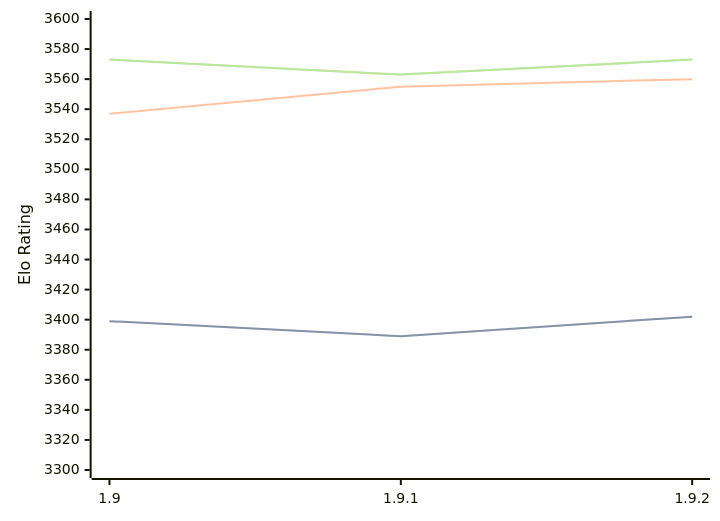
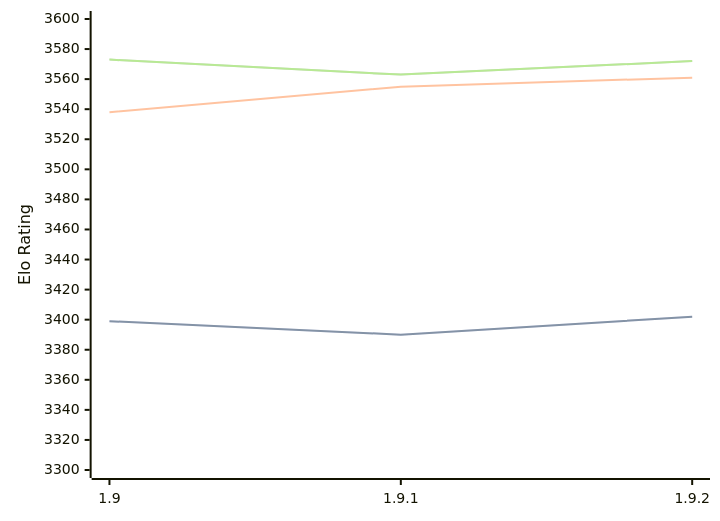
Before and after one commit to computer-chess-index/cci: the diagram in engines/Pawnocchio.md, drawn with Mermaid. The commit also changed other lines of this file, not shown here.

Commit message:
Update CCI Ratings (ELO VLTC) - 2026-04-05

````diff
--- a/engines/Pawnocchio.md
+++ b/engines/Pawnocchio.md
@@ -48,11 +48,11 @@
 ```mermaid
 %%{init: {"theme":"base","themeVariables":{"seriesColors:['#a3a3a3','#222221','#faa371']}}}%%
 xychart-beta
   x-axis ["1.9", "1.9.1", "1.9.2"]
   y-axis "Elo Rating" 3300 --> 3600
-  line "STC (8.0+0.08s)" [3399, 3389, 3402]
-  line "STC (8.0+0.08s)" [3399, 3389, 3402]
-  line "LTC (60.0+0.60s)" [3537, 3555, 3560]
-  line "VLTC (2m24s+1.12s)" [3573, 3563, 3573]
-  line "VLTC (2m24s+1.12s)" [3573, 3563, 3573]
+  line "STC (8.0+0.08s)" [3399, 3390, 3402]
+  line "STC (8.0+0.08s)" [3399, 3390, 3402]
+  line "LTC (60.0+0.60s)" [3538, 3555, 3561]
+  line "VLTC (2m24s+1.12s)" [3573, 3563, 3572]
+  line "VLTC (2m24s+1.12s)" [3573, 3563, 3572]
 ```
````
